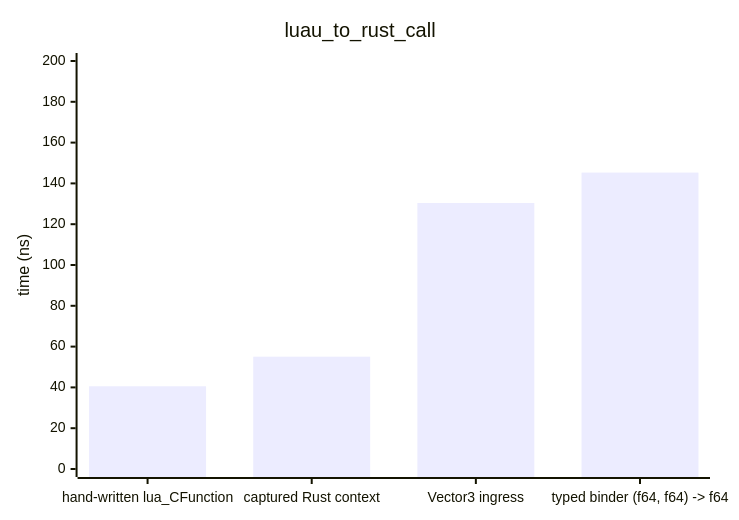
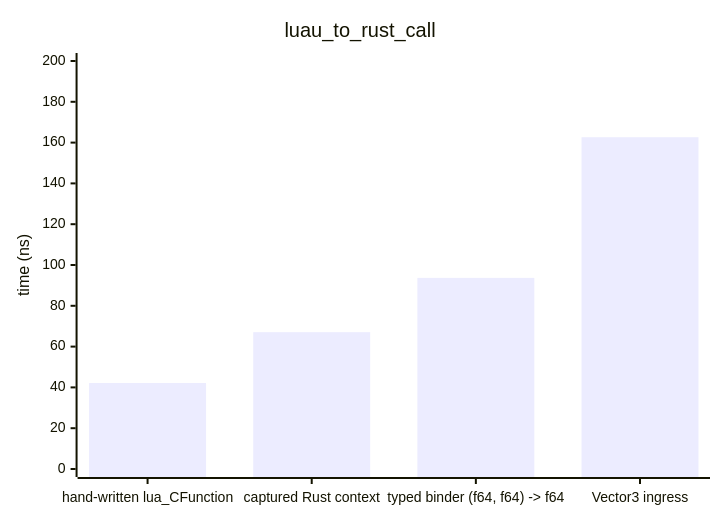
One commit to DreamWeave-MP/l3i changed the second of 7 diagrams in BENCHMARKS.md. Above: the diagram before and after it, drawn with Mermaid. The commit also changed other lines of this file and 2 other files, not shown here.

````diff
--- a/BENCHMARKS.md
+++ b/BENCHMARKS.md
@@ -36,7 +36,7 @@
 ```mermaid
 xychart-beta
     title "luau_to_rust_call"
-    x-axis ["hand-written lua_CFunction", "captured Rust context", "Vector3 ingress", "typed binder (f64, f64) -> f64"]
+    x-axis ["hand-written lua_CFunction", "captured Rust context", "typed binder (f64, f64) -> f64", "Vector3 ingress"]
     y-axis "time (ns)" 0 --> 200.00
-    bar [40.55, 55.06, 130.40, 145.30]
+    bar [42.14, 67.08, 93.68, 162.63]
 ```
````
